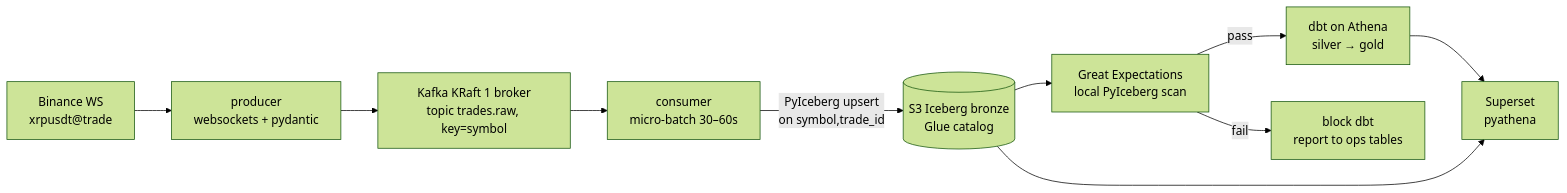
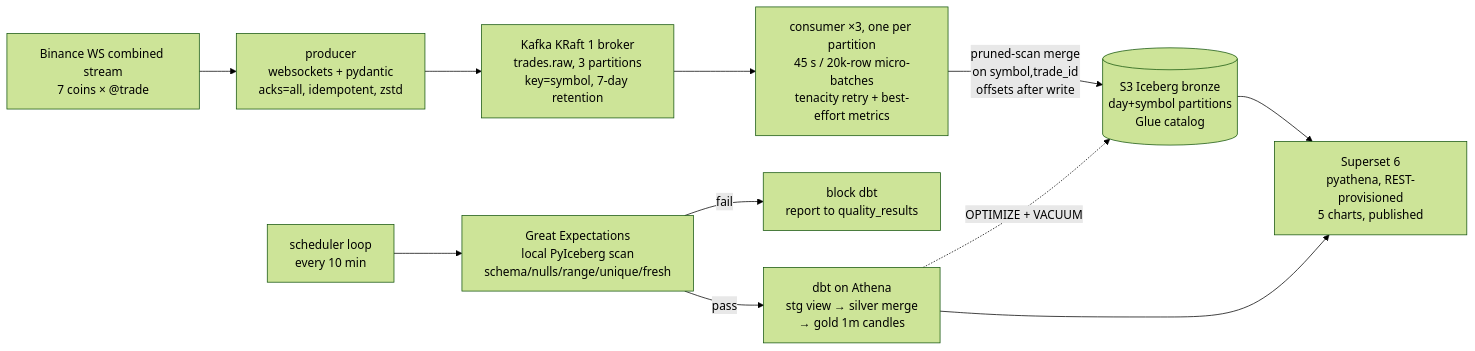
One commit to Danselem/tickstream changed the diagram in docs/architecture.md. Above: the diagram before and after it, drawn with Mermaid (forest theme). The commit also changed other lines of this file and 21 other files, not shown here.

First line of the commit message:
phase 3b: bronze pruned-scan merge, retry/timeouts, batch-window fix, 3-replica consumers

````diff
--- a/docs/architecture.md
+++ b/docs/architecture.md
@@ -3,12 +3,13 @@
 ```mermaid
 flowchart LR
-    BIN[Binance WS<br/>xrpusdt@trade] --> PROD[producer<br/>websockets + pydantic]
-    PROD --> KAFKA[Kafka KRaft 1 broker<br/>topic trades.raw, key=symbol]
-    KAFKA --> CONS[consumer<br/>micro-batch 30–60s]
-    CONS -->|PyIceberg upsert<br/>on symbol,trade_id| S3[(S3 Iceberg bronze<br/>Glue catalog)]
-    S3 --> GX[Great Expectations<br/>local PyIceberg scan]
-    GX -->|pass| DBT[dbt on Athena<br/>silver → gold]
-    GX -->|fail| BLOCK[block dbt<br/>report to ops tables]
-    DBT --> SUP[Superset<br/>pyathena]
+    BIN[Binance WS combined stream<br/>7 coins × @trade] --> PROD[producer<br/>websockets + pydantic<br/>acks=all, idempotent, zstd]
+    PROD --> KAFKA[Kafka KRaft 1 broker<br/>trades.raw, 3 partitions<br/>key=symbol, 7-day retention]
+    KAFKA --> CONS[consumer ×3, one per partition<br/>45 s / 20k-row micro-batches<br/>tenacity retry + best-effort metrics]
+    CONS -->|pruned-scan merge<br/>on symbol,trade_id<br/>offsets after write| S3[(S3 Iceberg bronze<br/>day+symbol partitions<br/>Glue catalog)]
+    SCHED[scheduler loop<br/>every 10 min] --> GX[Great Expectations<br/>local PyIceberg scan<br/>schema/nulls/range/unique/fresh]
+    GX -->|pass| DBT[dbt on Athena<br/>stg view → silver merge<br/>→ gold 1m candles]
+    GX -->|fail| BLOCK[block dbt<br/>report to quality_results]
+    DBT --> SUP[Superset 6<br/>pyathena, REST-provisioned<br/>5 charts, published]
     S3 --> SUP
+    DBT -.->|OPTIMIZE + VACUUM| S3
 ```
````
